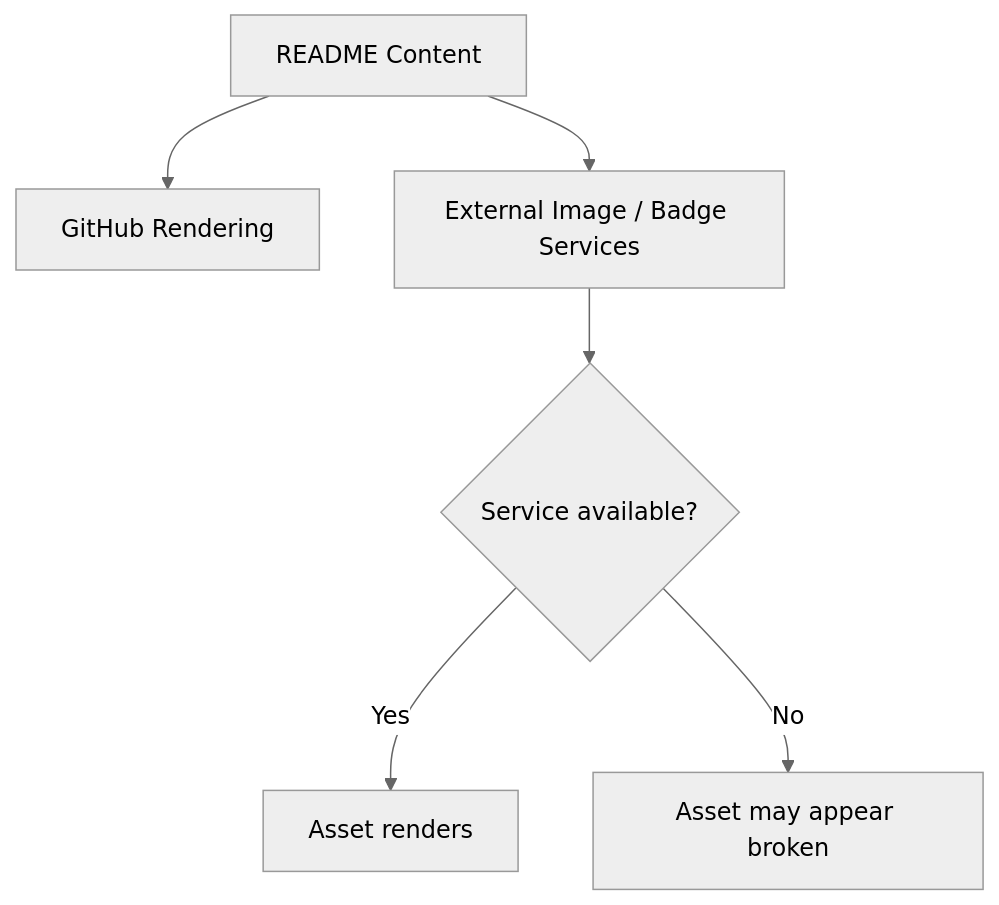
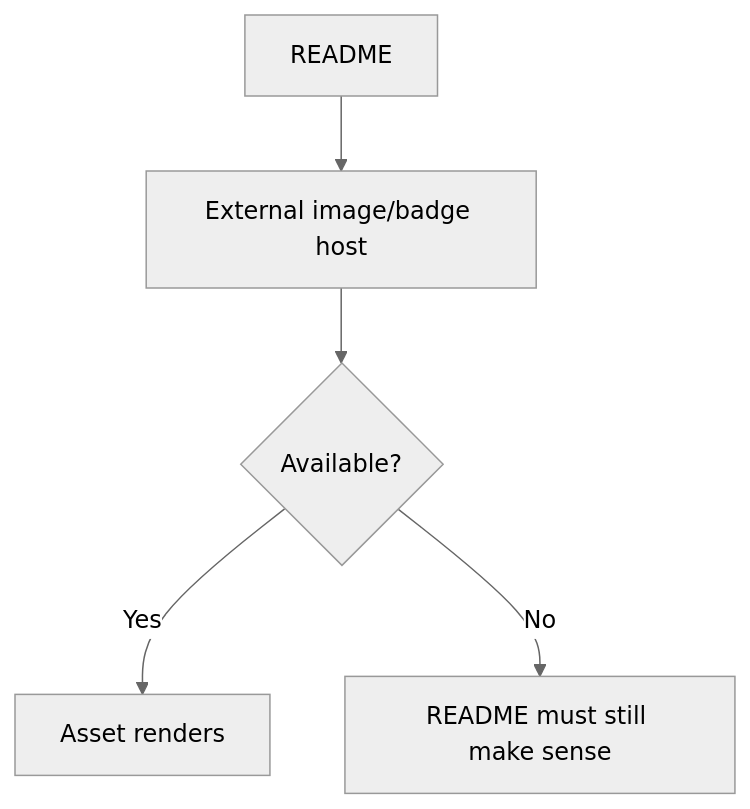
The fifth of 5 diagrams in docs/development-pipeline.md (HidayahMF/HidayahMF), drawn with Mermaid (neutral theme) before and after one commit. The commit also changed other lines of this file, not shown here.

````diff
--- a/docs/development-pipeline.md
+++ b/docs/development-pipeline.md
@@ -68,8 +105,7 @@
 ```mermaid
 flowchart TD
-    README[README Content] --> GITHUB[GitHub Rendering]
-    README --> EXTERNAL[External Image / Badge Services]
-    EXTERNAL --> FAIL{Service available?}
-    FAIL -->|Yes| OK[Asset renders]
-    FAIL -->|No| BROKEN[Asset may appear broken]
+    README[README] --> HOST[External image/badge host]
+    HOST --> AVAILABLE{Available?}
+    AVAILABLE -->|Yes| RENDER[Asset renders]
+    AVAILABLE -->|No| FALLBACK[README must still make sense]
 ```
````
